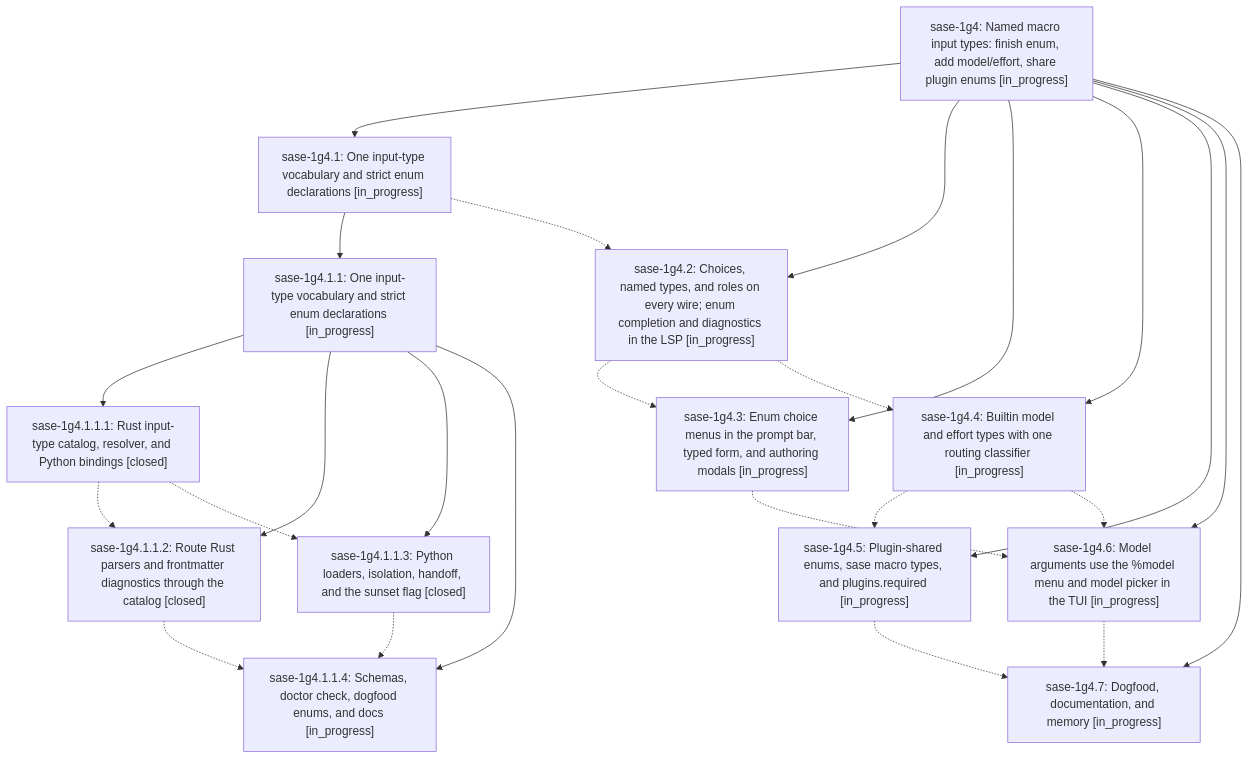
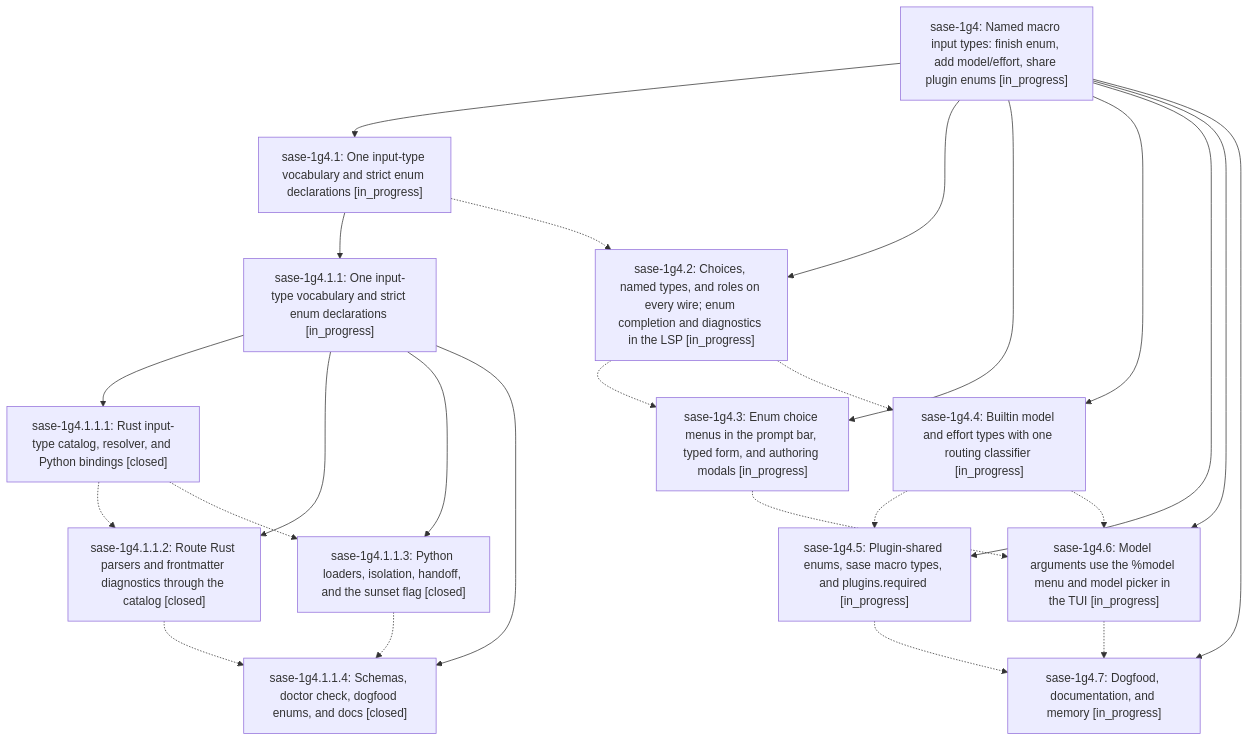
Before and after one commit to sase-org/sase--beads: the diagram in pages/sase-1g4/README.md, drawn with Mermaid. The commit also changed other lines of this file and 3 other files, not shown here.

````diff
--- a/pages/sase-1g4/README.md
+++ b/pages/sase-1g4/README.md
@@ -40,40 +40,40 @@
 ```mermaid
 flowchart TD
     n0["sase-1g4: Named macro input types: finish enum, add model/effort, share plugin enums [in_progress]"]
     n1["sase-1g4.1: One input-type vocabulary and strict enum declarations [in_progress]"]
     n2["sase-1g4.1.1: One input-type vocabulary and strict enum declarations [in_progress]"]
     n3["sase-1g4.1.1.1: Rust input-type catalog, resolver, and Python bindings [closed]"]
     n4["sase-1g4.1.1.2: Route Rust parsers and frontmatter diagnostics through the catalog [closed]"]
     n5["sase-1g4.1.1.3: Python loaders, isolation, handoff, and the sunset flag [closed]"]
-    n6["sase-1g4.1.1.4: Schemas, doctor check, dogfood enums, and docs [in_progress]"]
+    n6["sase-1g4.1.1.4: Schemas, doctor check, dogfood enums, and docs [closed]"]
     n7["sase-1g4.2: Choices, named types, and roles on every wire; enum completion and diagnostics in the LSP [in_progress]"]
     n8["sase-1g4.3: Enum choice menus in the prompt bar, typed form, and authoring modals [in_progress]"]
     n9["sase-1g4.4: Builtin model and effort types with one routing classifier [in_progress]"]
     n10["sase-1g4.5: Plugin-shared enums, sase macro types, and plugins.required [in_progress]"]
     n11["sase-1g4.6: Model arguments use the %model menu and model picker in the TUI [in_progress]"]
     n12["sase-1g4.7: Dogfood, documentation, and memory [in_progress]"]
     n0 --> n1
     n1 --> n2
     n2 --> n3
     n2 --> n4
     n2 --> n5
     n2 --> n6
     n0 --> n7
     n0 --> n8
     n0 --> n9
     n0 --> n10
     n0 --> n11
     n0 --> n12
     n1 -.-> n7
     n3 -.-> n4
     n3 -.-> n5
     n4 -.-> n6
     n5 -.-> n6
     n7 -.-> n8
     n7 -.-> n9
     n8 -.-> n11
     n9 -.-> n10
     n9 -.-> n11
     n10 -.-> n12
     n11 -.-> n12
 ```
````
